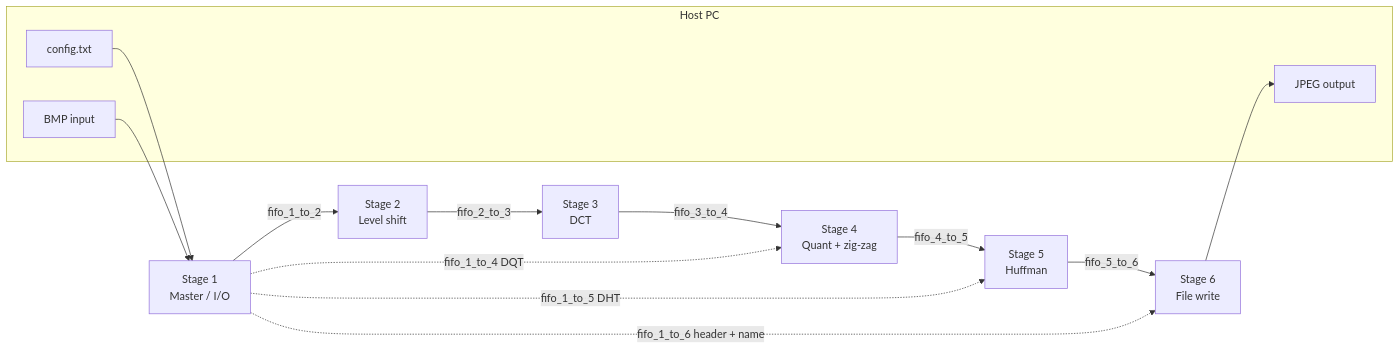
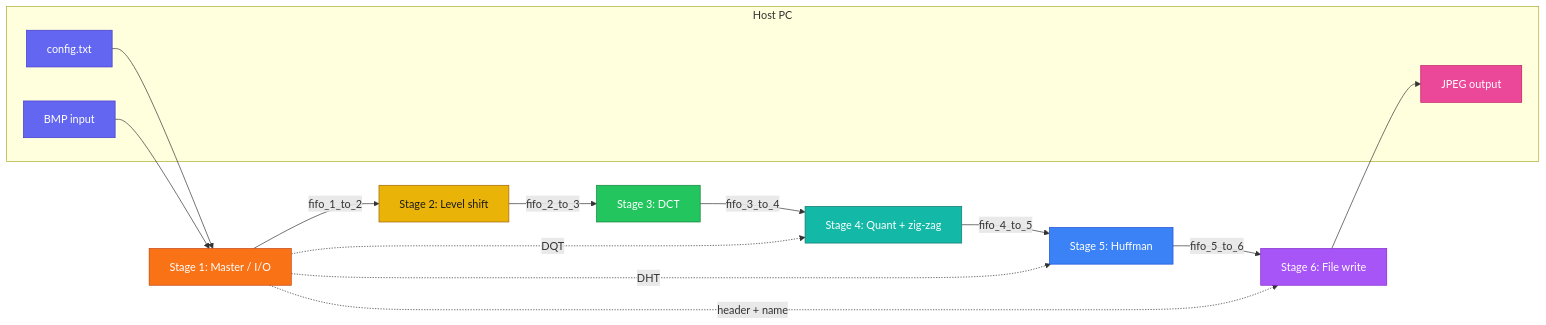
One commit to ChethiyaB/JPEG-MPSoC changed the diagram in readme.md. Above: the diagram before and after it, drawn with Mermaid. The commit also changed other lines of this file, not shown here.

````diff
--- a/readme.md
+++ b/readme.md
@@ -53,28 +62,45 @@
 ```mermaid
 flowchart LR
   subgraph Host["Host PC"]
     CFG["config.txt"]
     BMP["BMP input"]
     JPG["JPEG output"]
   end
 
-  S1["Stage 1<br/>Master / I/O"]
-  S2["Stage 2<br/>Level shift"]
-  S3["Stage 3<br/>DCT"]
-  S4["Stage 4<br/>Quant + zig-zag"]
-  S5["Stage 5<br/>Huffman"]
-  S6["Stage 6<br/>File write"]
+  S1["Stage 1: Master / I/O"]
+  S2["Stage 2: Level shift"]
+  S3["Stage 3: DCT"]
+  S4["Stage 4: Quant + zig-zag"]
+  S5["Stage 5: Huffman"]
+  S6["Stage 6: File write"]
 
   CFG --> S1
   BMP --> S1
   S1 -->|"fifo_1_to_2"| S2
   S2 -->|"fifo_2_to_3"| S3
   S3 -->|"fifo_3_to_4"| S4
   S4 -->|"fifo_4_to_5"| S5
   S5 -->|"fifo_5_to_6"| S6
   S6 --> JPG
 
-  S1 -.->|"fifo_1_to_4 DQT"| S4
-  S1 -.->|"fifo_1_to_5 DHT"| S5
-  S1 -.->|"fifo_1_to_6 header + name"| S6
+  S1 -.->|"DQT"| S4
+  S1 -.->|"DHT"| S5
+  S1 -.->|"header + name"| S6
+
+  classDef host fill:#6366f1,stroke:#4338ca,color:#fff
+  classDef s1 fill:#f97316,stroke:#c2410c,color:#fff
+  classDef s2 fill:#eab308,stroke:#a16207,color:#1c1917
+  classDef s3 fill:#22c55e,stroke:#15803d,color:#fff
+  classDef s4 fill:#14b8a6,stroke:#0f766e,color:#fff
+  classDef s5 fill:#3b82f6,stroke:#1d4ed8,color:#fff
+  classDef s6 fill:#a855f7,stroke:#7e22ce,color:#fff
+  classDef file fill:#ec4899,stroke:#be185d,color:#fff
+  class CFG,BMP host
+  class S1 s1
+  class S2 s2
+  class S3 s3
+  class S4 s4
+  class S5 s5
+  class S6 s6
+  class JPG file
 ```
````
